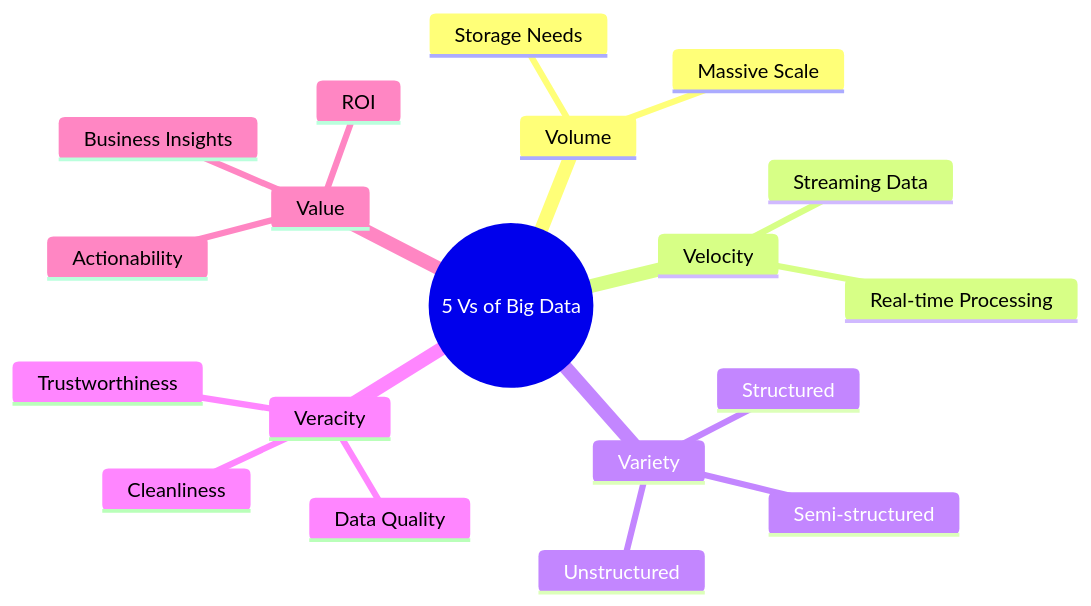
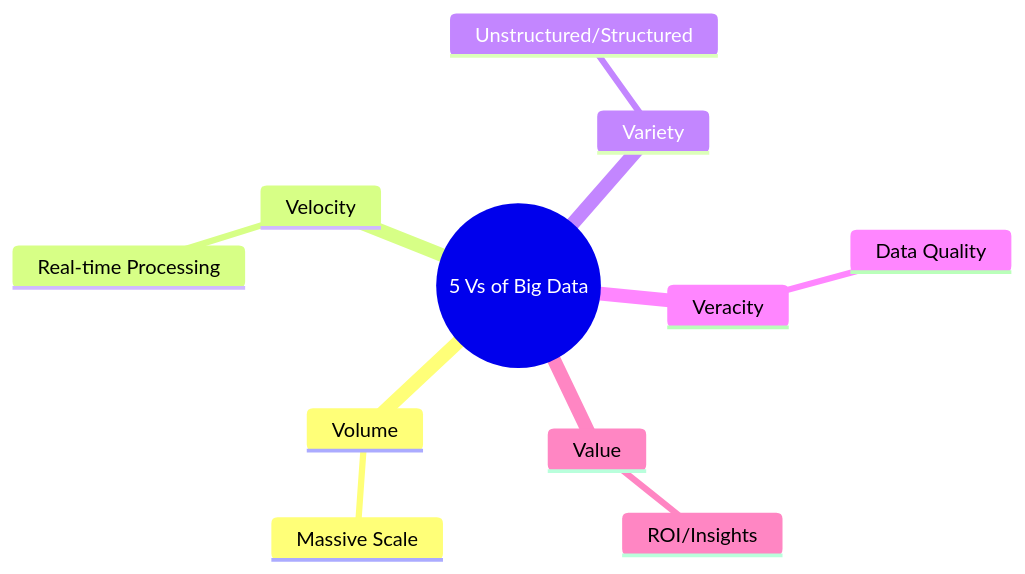
Before and after one commit to susanavenda/data_cambridge: the third of 14 diagrams in README.md, drawn with Mermaid. The commit also changed other lines of this file, not shown here.

````diff
--- a/README.md
+++ b/README.md
@@ -44,23 +62,15 @@
 ```mermaid
 mindmap
   root((5 Vs of Big Data))
     Volume
       Massive Scale
-      Storage Needs
     Velocity
-      Streaming Data
       Real-time Processing
     Variety
-      Unstructured
-      Semi-structured
-      Structured
+      Unstructured/Structured
     Veracity
       Data Quality
-      Trustworthiness
-      Cleanliness
     Value
-      ROI
-      Business Insights
-      Actionability
+      ROI/Insights
 
 ```
````
